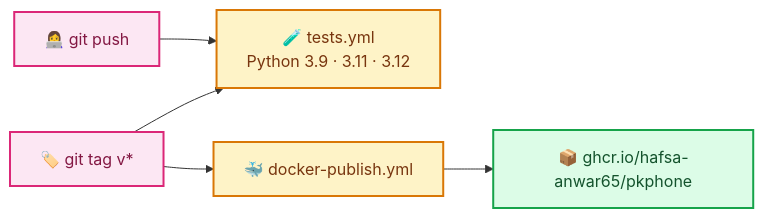
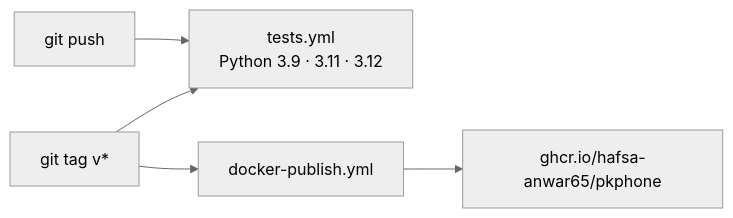
One commit to Hafsa-Anwar65/pkphone changed the third of 3 diagrams in README.md. Above: the diagram before and after it, drawn with Mermaid. The commit also changed other lines of this file and 1 other file, not shown here.

Commit message:
Professional README with neutral header

````diff
--- a/README.md
+++ b/README.md
@@ -244,10 +277,7 @@
 ```mermaid
+%%{init: {'theme': 'neutral'}}%%
 flowchart LR
-    A["👩‍💻 git push"]:::dev --> B["🧪 tests.yml<br/>Python 3.9 · 3.11 · 3.12"]:::ci
-    T["🏷️ git tag v*"]:::dev --> B
-    T --> C["🐳 docker-publish.yml"]:::ci --> D["📦 ghcr.io/hafsa-anwar65/pkphone"]:::ok
-
-    classDef dev fill:#FCE7F3,stroke:#DB2777,stroke-width:2px,color:#831843
-    classDef ci fill:#FEF3C7,stroke:#D97706,stroke-width:2px,color:#78350F
-    classDef ok fill:#DCFCE7,stroke:#16A34A,stroke-width:2px,color:#14532D
+    A["git push"] --> B["tests.yml<br/>Python 3.9 · 3.11 · 3.12"]
+    T["git tag v*"] --> B
+    T --> C["docker-publish.yml"] --> D["ghcr.io/hafsa-anwar65/pkphone"]
 ```
````
